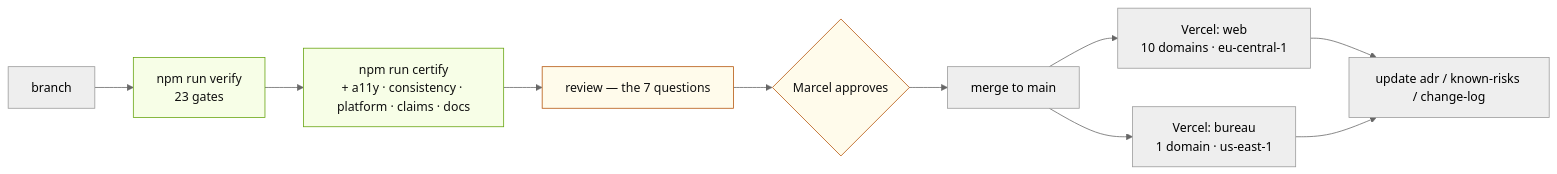
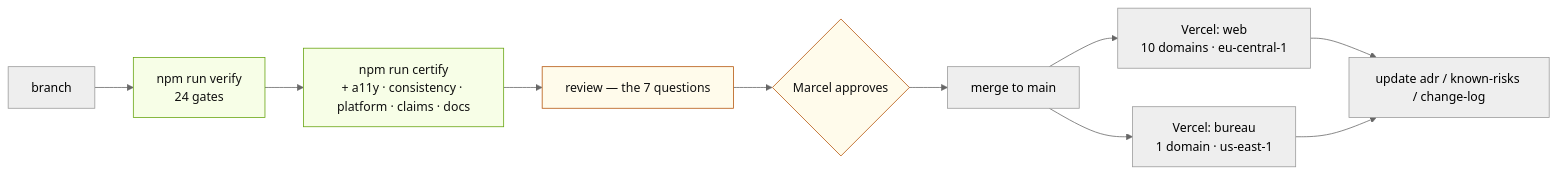
Before and after one commit to buddy1974/maxpromo.digital: the eighth of 10 diagrams in docs/architecture/diagrams.md, drawn with Mermaid (neutral theme). The commit also changed 17 other files, not shown here.

````diff
--- a/docs/architecture/diagrams.md
+++ b/docs/architecture/diagrams.md
@@ -276,19 +276,19 @@
 ```mermaid
 flowchart LR
-  BR["branch"] --> V["npm run verify<br/>23 gates"]
+  BR["branch"] --> V["npm run verify<br/>24 gates"]
   V --> C["npm run certify<br/>+ a11y · consistency · platform · claims · docs"]
   C --> REV["review — the 7 questions"]
   REV --> APP{"Marcel approves"}
   APP --> MERGE["merge to main"]
 
   MERGE --> VW["Vercel: web<br/>10 domains · eu-central-1"]
   MERGE --> VB["Vercel: bureau<br/>1 domain · us-east-1"]
 
   VW --> DOC["update adr / known-risks / change-log"]
   VB --> DOC
 
   classDef gate fill:#F7FEE7,stroke:#65A30D,color:#111111
   classDef human fill:#FFFBEB,stroke:#B45309,color:#111111
   class V,C gate
   class REV,APP human
 ```
````
